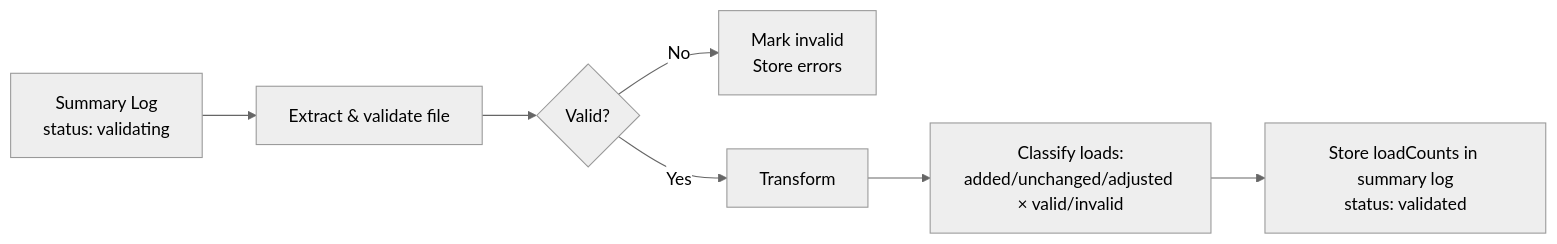
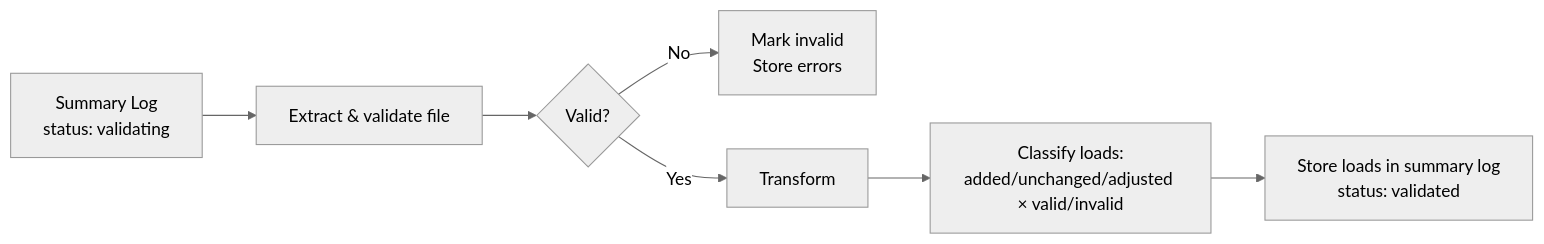
One commit to DEFRA/epr-re-ex-service changed the sixth of 7 diagrams in docs/architecture/defined/summary-log-submission-lld.md. Above: the diagram before and after it, drawn with Mermaid (neutral theme). The commit also changed other lines of this file and 1 other file, not shown here.

Commit message:
PAE-475: Updates summary log LLD

````diff
--- a/docs/architecture/defined/summary-log-submission-lld.md
+++ b/docs/architecture/defined/summary-log-submission-lld.md
@@ -353,9 +364,9 @@
 ```mermaid
 flowchart LR
     A[Summary Log<br/>status: validating] --> B[Extract & validate file]
     B --> C{Valid?}
     C -->|No| D[Mark invalid<br/>Store errors]
     C -->|Yes| E[Transform]
     E --> F[Classify loads:<br/>added/unchanged/adjusted × valid/invalid]
-    F --> G[Store loadCounts in summary log<br/>status: validated]
+    F --> G[Store loads in summary log<br/>status: validated]
 ```
````
